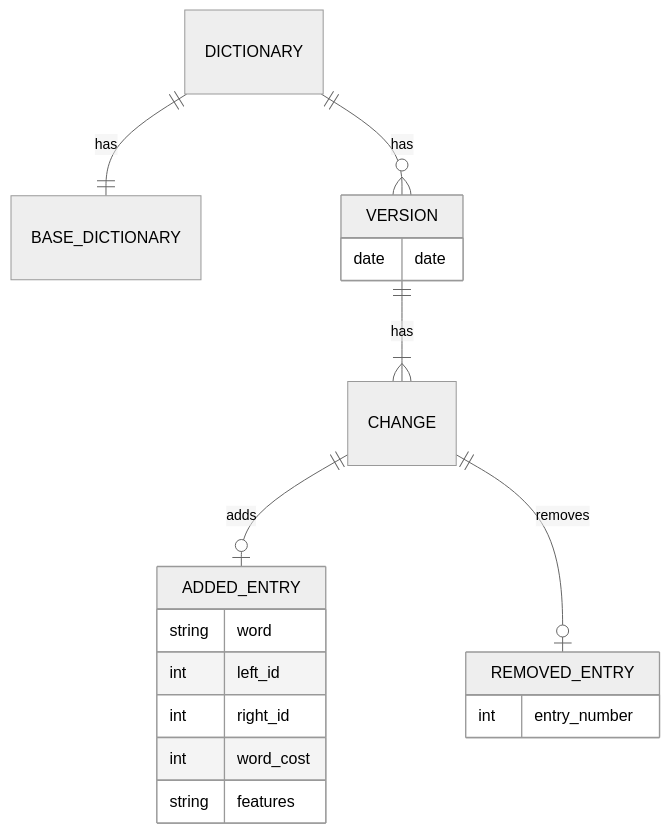
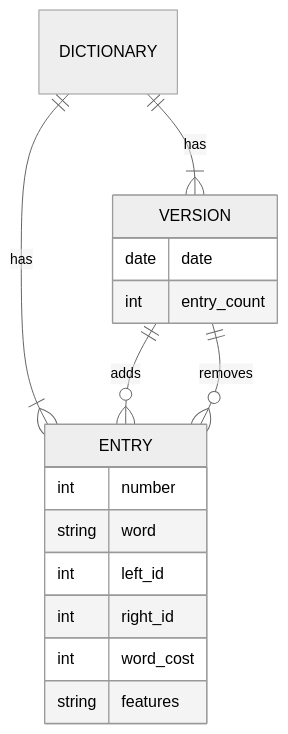
The second of 2 diagrams in docs/products/kuromojin/features/dictionary-versions/design.md (azu/kuromojin), drawn with Mermaid (neutral theme) before and after one commit. The commit also changed other lines of this file and 5 other files, not shown here.

````diff
--- a/docs/products/kuromojin/features/dictionary-versions/design.md
+++ b/docs/products/kuromojin/features/dictionary-versions/design.md
@@ -129,21 +134,19 @@
 ```mermaid
 erDiagram
-    DICTIONARY ||--|| BASE_DICTIONARY : has
-    DICTIONARY ||--o{ VERSION : has
-    VERSION ||--|{ CHANGE : has
-    CHANGE ||--o| ADDED_ENTRY : "adds"
-    CHANGE ||--o| REMOVED_ENTRY : "removes"
+    DICTIONARY ||--|{ VERSION : has
+    DICTIONARY ||--|{ ENTRY : has
+    VERSION ||--o{ ENTRY : "adds"
+    VERSION ||--o{ ENTRY : "removes"
     VERSION {
         date date
+        int entry_count
     }
-    ADDED_ENTRY {
+    ENTRY {
+        int number
         string word
         int left_id
         int right_id
         int word_cost
         string features
     }
-    REMOVED_ENTRY {
-        int entry_number
-    }
 ```
````
